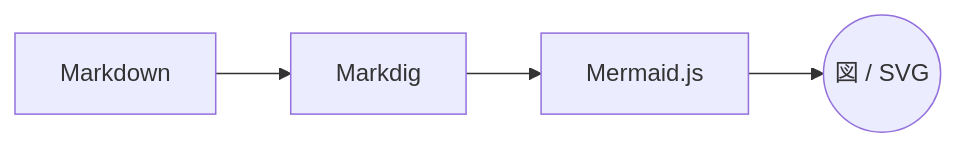
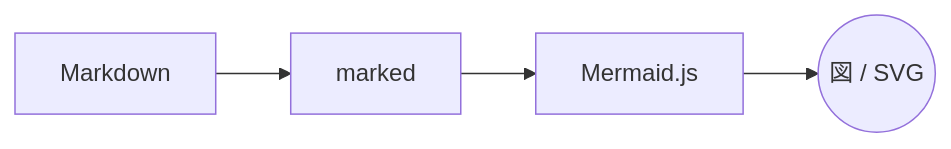
Before and after one commit to runceel/github-copilot-app-presentation: the diagram in slides.md, drawn with Mermaid. The commit also changed other lines of this file and 70 other files, not shown here.

````diff
--- a/slides.md
+++ b/slides.md
@@ -52,6 +50,6 @@
 ```mermaid
 flowchart LR
-    A[Markdown] --> B[Markdig]
+    A[Markdown] --> B[marked]
     B --> C[Mermaid.js]
     C --> D((図 / SVG))
 ```
````
